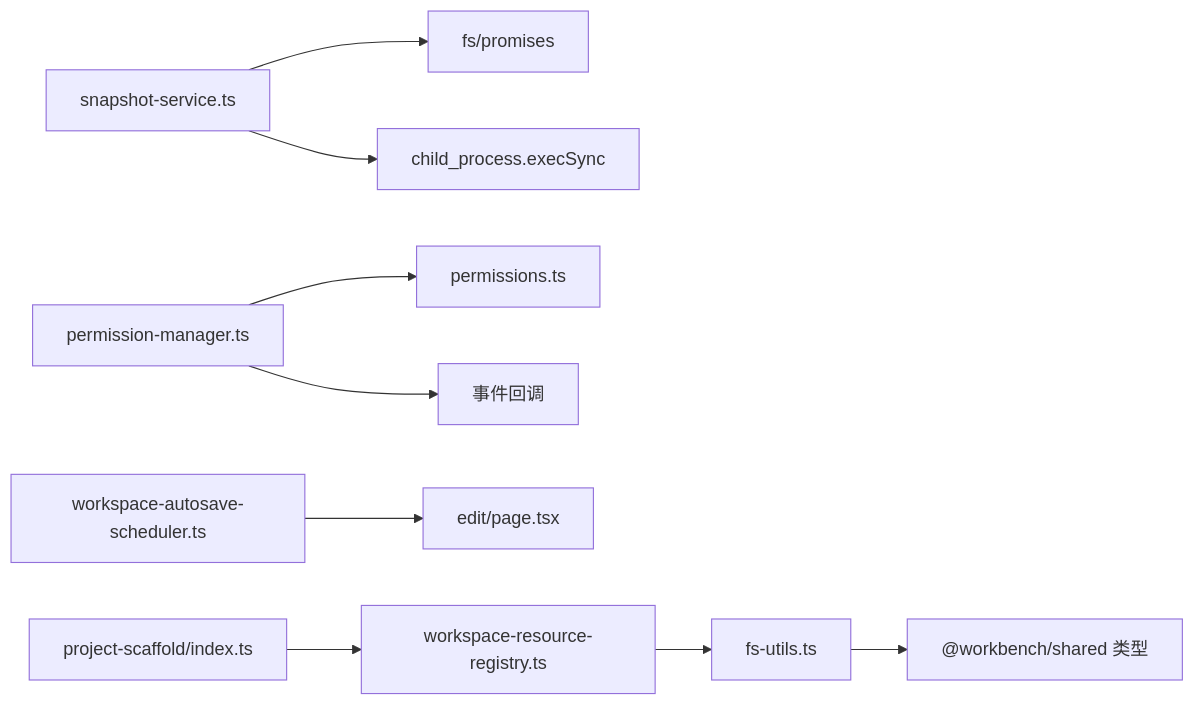
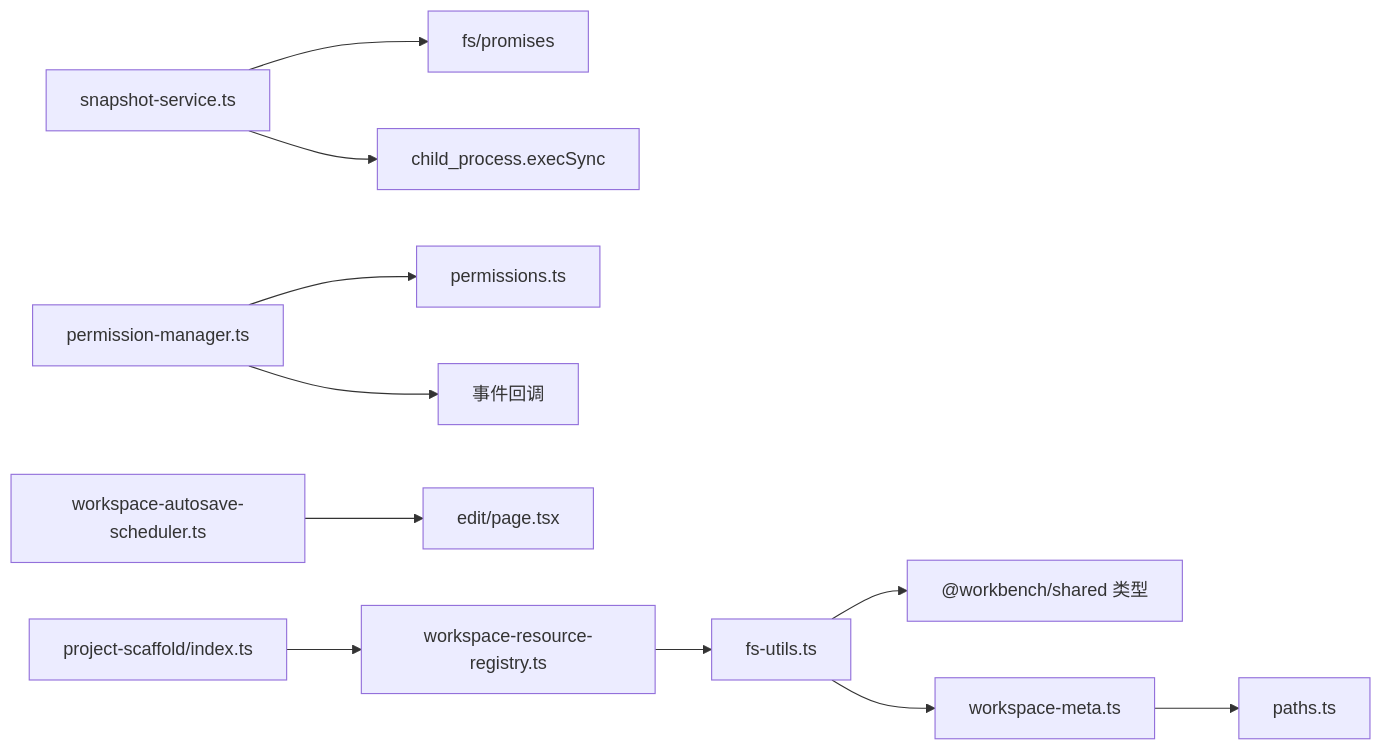
Diagram 12 of 12 in .qoder/repowiki/zh/content/核心服务/项目管理核心/文件系统抽象层.md (qihaogithub/workbench), drawn with Mermaid before and after one commit. The commit also changed other lines of this file and 476 other files, not shown here.

````diff
--- a/.qoder/repowiki/zh/content/核心服务/项目管理核心/文件系统抽象层.md
+++ b/.qoder/repowiki/zh/content/核心服务/项目管理核心/文件系统抽象层.md
@@ -380,11 +429,13 @@
 ```mermaid
 graph LR
 FSU["fs-utils.ts"] --> Shared["@workbench/shared 类型"]
+FSU --> WSMeta["workspace-meta.ts"]
+WSMeta --> Paths["paths.ts"]
 SNAP["snapshot-service.ts"] --> FS["fs/promises"]
 SNAP --> Child["child_process.execSync"]
 PMGR["permission-manager.ts"] --> PERM["permissions.ts"]
 PMGR --> Events["事件回调"]
 WASC["workspace-autosave-scheduler.ts"] --> Edit["edit/page.tsx"]
 REG["workspace-resource-registry.ts"] --> FSU
 SCAFF["project-scaffold/index.ts"] --> REG
 ```
````
